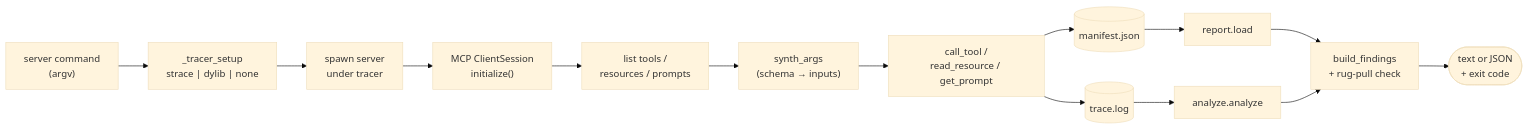
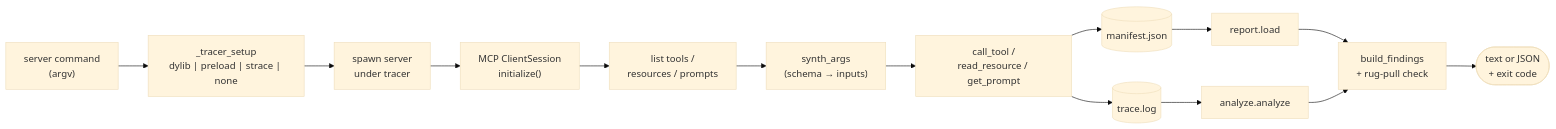
Before and after one commit to actions-marketplace-validations/navid72m_mcp-behave: the third of 8 diagrams in ARCHITECTURE.md, drawn with Mermaid (base theme). The commit also changed other lines of this file and 13 other files, not shown here.

First line of the commit message:
feat: enable usage without strace via native Linux LD_PRELOAD, macOS dylib, and untraced mode

````diff
--- a/ARCHITECTURE.md
+++ b/ARCHITECTURE.md
@@ -84,16 +87,16 @@
 ```mermaid
 flowchart LR
-    CMD["server command<br/>(argv)"] --> TRACER_SETUP["_tracer_setup<br/>strace | dylib | none"]
+    CMD["server command<br/>(argv)"] --> TRACER_SETUP["_tracer_setup<br/>dylib | preload | strace | none"]
     TRACER_SETUP --> SPAWN["spawn server<br/>under tracer"]
     SPAWN --> SESSION["MCP ClientSession<br/>initialize()"]
     SESSION --> LIST["list tools /<br/>resources / prompts"]
     LIST --> SYNTH["synth_args<br/>(schema → inputs)"]
     SYNTH --> CALL["call_tool /<br/>read_resource / get_prompt"]
     CALL --> MANIFEST[("manifest.json")]
     CALL --> TRACE[("trace.log")]
     MANIFEST --> LOAD["report.load"]
     TRACE --> ANALYZE["analyze.analyze"]
     LOAD --> FINDINGS["build_findings<br/>+ rug-pull check"]
     ANALYZE --> FINDINGS
     FINDINGS --> OUT(["text or JSON<br/>+ exit code"])
 ```
````
